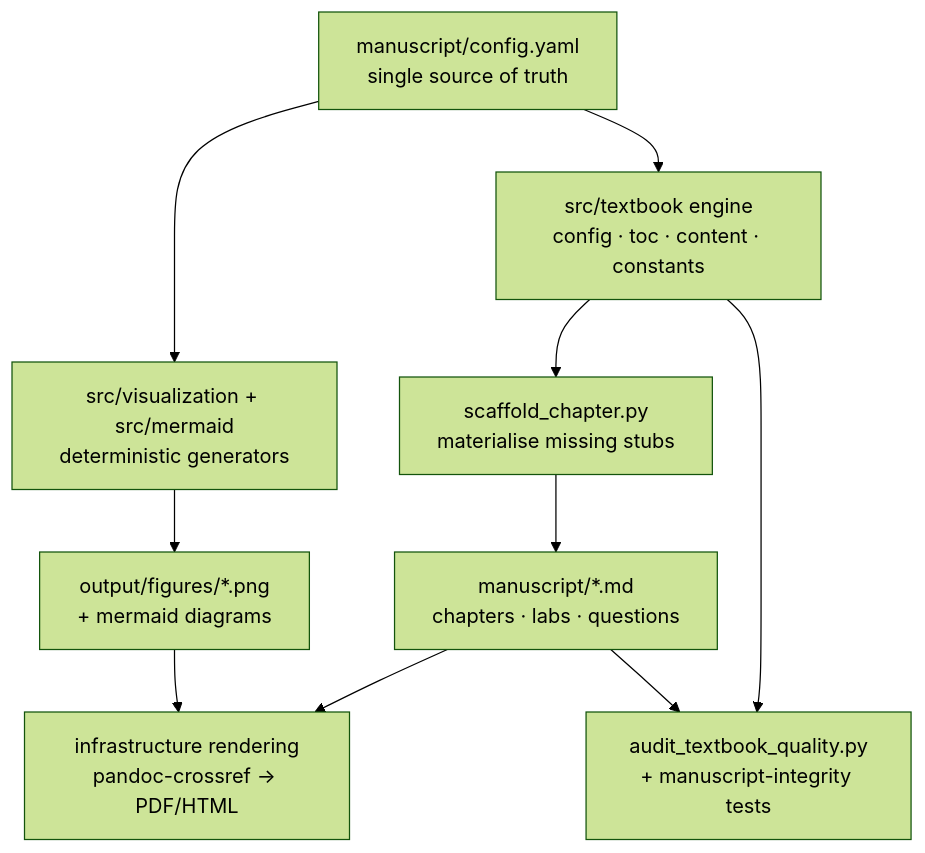
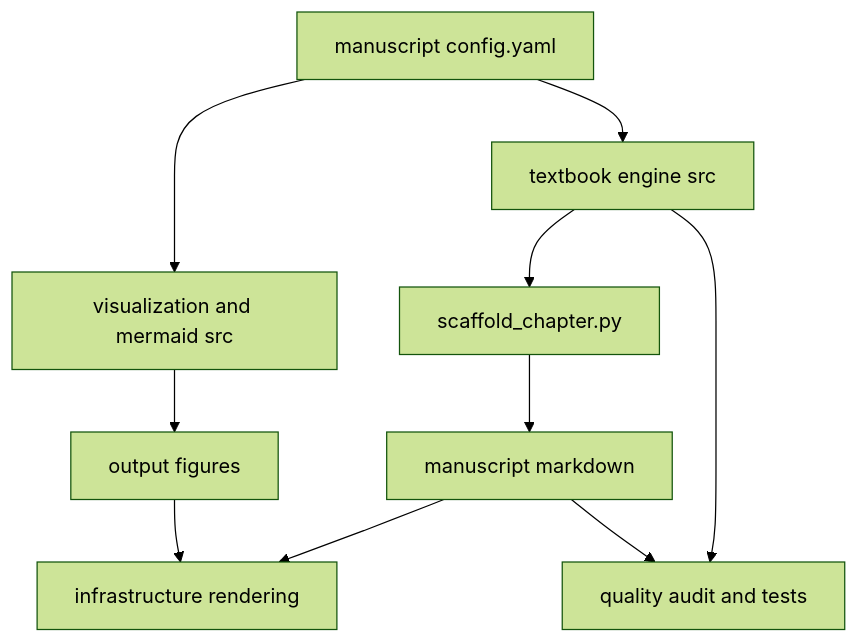
Before and after one commit to docxology/template: the diagram in projects/templates/template_textbook/docs/architecture.md, drawn with Mermaid (forest theme). The commit also changed 94 other files, not shown here.

````diff
--- a/projects/templates/template_textbook/docs/architecture.md
+++ b/projects/templates/template_textbook/docs/architecture.md
@@ -102,13 +102,13 @@
 ```mermaid
 flowchart TD
-    CFG[manuscript/config.yaml<br/>single source of truth]
-    CFG --> ENG[src/textbook engine<br/>config · toc · content · constants]
-    CFG --> VIS[src/visualization + src/mermaid<br/>deterministic generators]
-    ENG --> SCAF[scaffold_chapter.py<br/>materialise missing stubs]
-    SCAF --> MS[manuscript/*.md<br/>chapters · labs · questions]
-    VIS --> FIG[output/figures/*.png<br/>+ mermaid diagrams]
-    MS --> RENDER[infrastructure rendering<br/>pandoc-crossref → PDF/HTML]
+    CFG[manuscript config.yaml]
+    CFG --> ENG[textbook engine src]
+    CFG --> VIS[visualization and mermaid src]
+    ENG --> SCAF[scaffold_chapter.py]
+    SCAF --> MS[manuscript markdown]
+    VIS --> FIG[output figures]
+    MS --> RENDER[infrastructure rendering]
     FIG --> RENDER
-    ENG --> GATE[audit_textbook_quality.py<br/>+ manuscript-integrity tests]
+    ENG --> GATE[quality audit and tests]
     MS --> GATE
 ```
````
